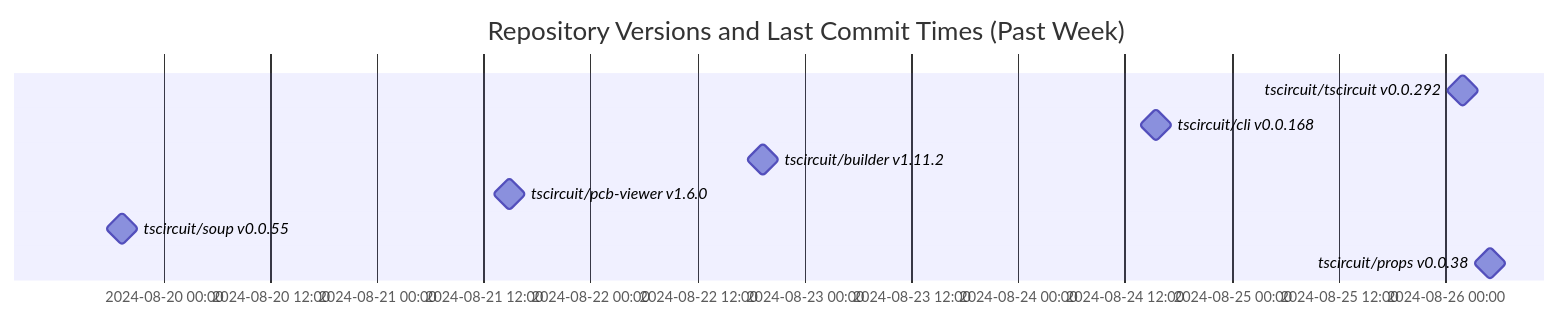
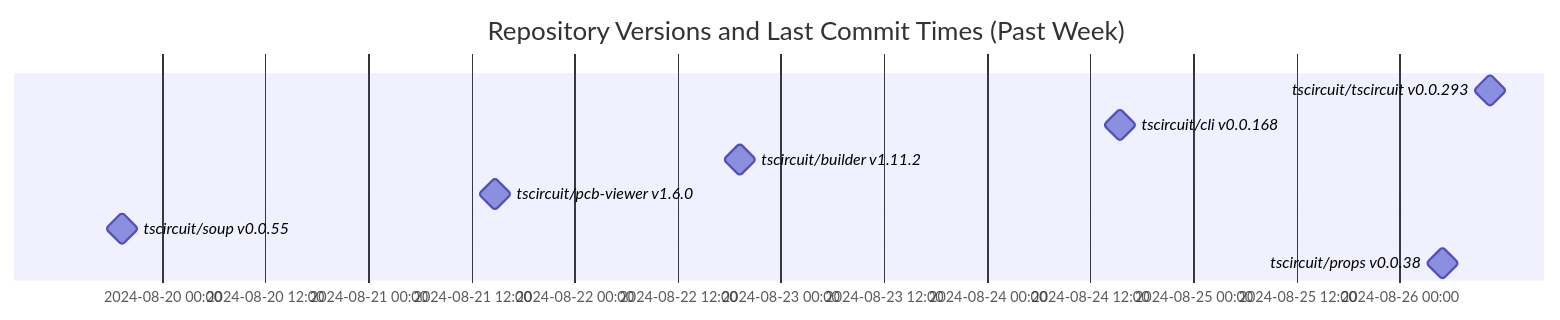
Before and after one commit to tscircuit/version-tracker: the diagram in README.md, drawn with Mermaid.

Commit message:
Update chart

````diff
--- a/README.md
+++ b/README.md
@@ -1,13 +1,13 @@
 ```mermaid
 gantt
   dateFormat  YYYY-MM-DD HH:mm:ss
   title Repository Versions and Last Commit Times (Past Week)
   axisFormat %Y-%m-%d %H:%M
 
-  tscircuit/tscircuit v0.0.292 : milestone, 2024-08-26 01:59:25, 1s
+  tscircuit/tscircuit v0.0.293 : milestone, 2024-08-26 10:30:38, 1s
   tscircuit/cli v0.0.168 : milestone, 2024-08-24 15:32:19, 1s
   tscircuit/builder v1.11.2 : milestone, 2024-08-22 19:17:19, 1s
   tscircuit/pcb-viewer v1.6.0 : milestone, 2024-08-21 14:48:25, 1s
   tscircuit/soup v0.0.55 : milestone, 2024-08-19 19:22:24, 1s
   tscircuit/props v0.0.38 : milestone, 2024-08-26 05:00:48, 1s
 ```
````
